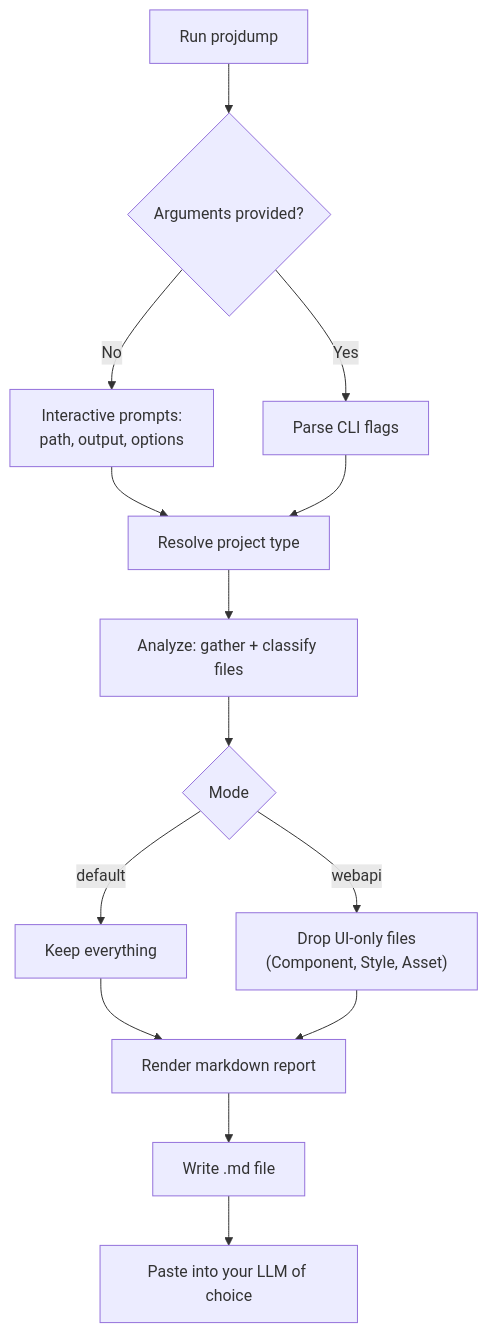
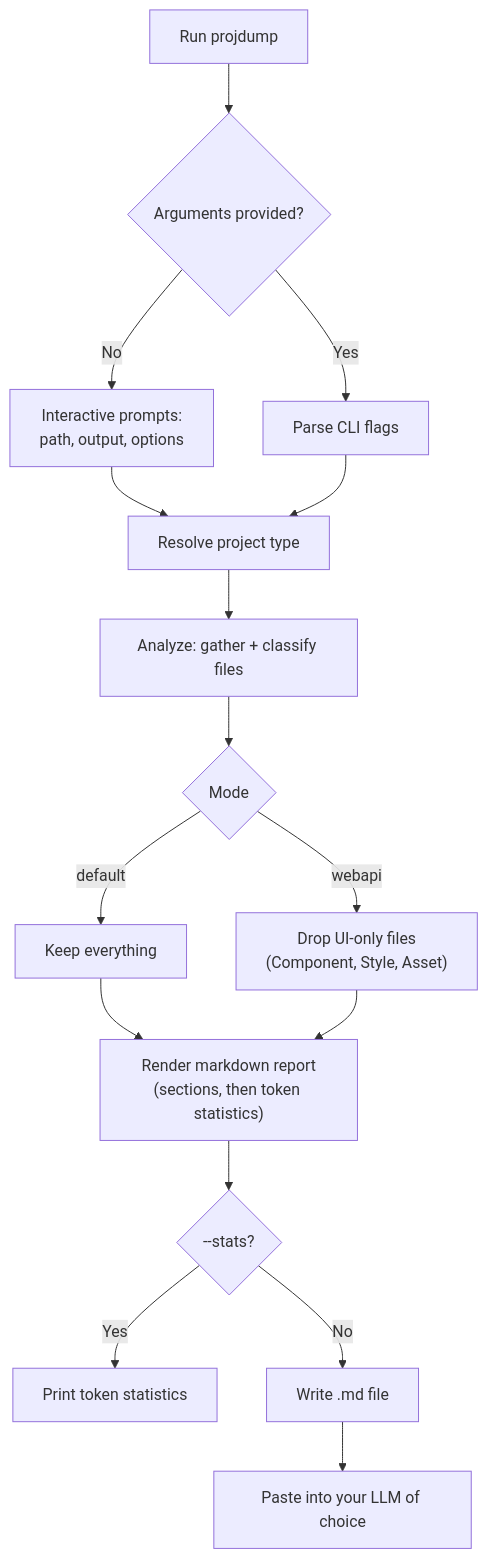
Before and after one commit to elliotmoule/projdump: the first of 2 diagrams in README.md, drawn with Mermaid. The commit also changed other lines of this file and 55 other files, not shown here.

First line of the commit message:
[Add token statistics and section-based report renderer]

`````diff
--- a/README.md
+++ b/README.md
@@ -109,16 +121,18 @@
-```mermaid
+````mermaid
 flowchart TD
     A["Run projdump"] --> B{"Arguments provided?"}
     B -- No --> C["Interactive prompts:\npath, output, options"]
     B -- Yes --> D["Parse CLI flags"]
     C --> E["Resolve project type"]
     D --> E
     E --> F["Analyze: gather + classify files"]
     F --> G{"Mode"}
     G -- default --> H["Keep everything"]
     G -- webapi --> I["Drop UI-only files\n(Component, Style, Asset)"]
-    H --> J["Render markdown report"]
+    H --> J["Render markdown report\n(sections, then token statistics)"]
     I --> J
-    J --> K["Write .md file"]
-    K --> L["Paste into your LLM of choice"]
-```
+    J --> K{"--stats?"}
+    K -- Yes --> L["Print token statistics"]
+    K -- No --> M["Write .md file"]
+    M --> N["Paste into your LLM of choice"]
+````
`````
